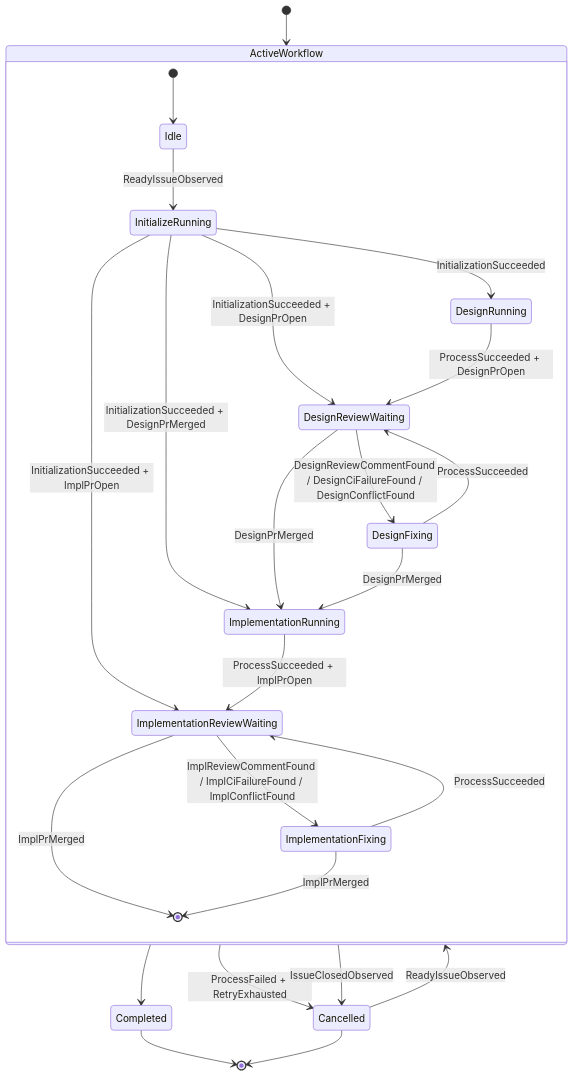
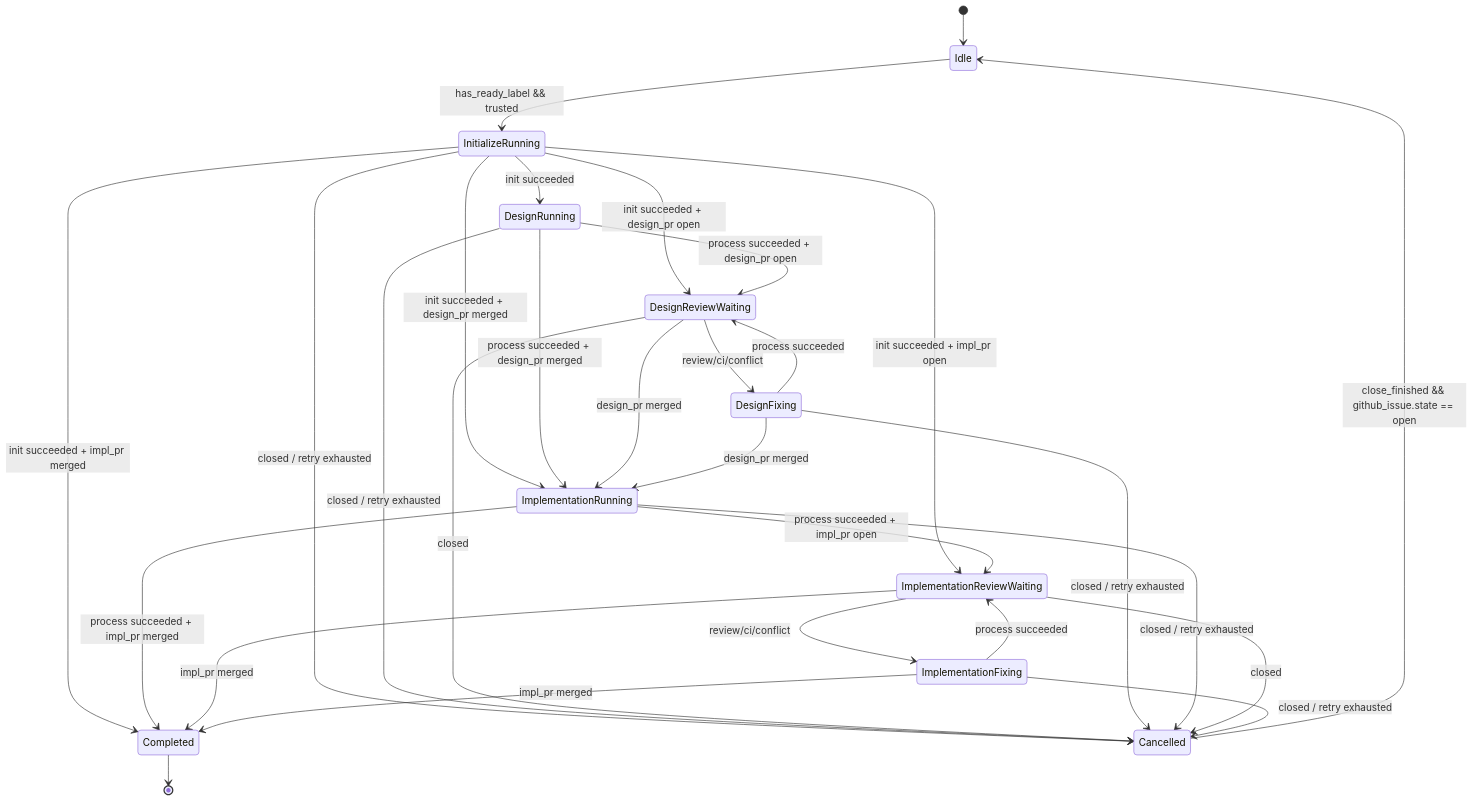
Before and after one commit to kyuki3rain/cupola: the diagram in docs/architecture/state-machine.md, drawn with Mermaid. The commit also changed other lines of this file and 26 other files, not shown here.

First line of the commit message:
docs: architecture ドキュメント全面改訂

````diff
--- a/docs/architecture/state-machine.md
+++ b/docs/architecture/state-machine.md
@@ -5,34 +7,37 @@
 ```mermaid
 stateDiagram-v2
-    [*] --> ActiveWorkflow
+    [*] --> Idle
+    Idle --> InitializeRunning: has_ready_label && trusted
 
-    state "ActiveWorkflow" as ActiveWorkflow {
-        [*] --> Idle
-        Idle --> InitializeRunning: ReadyIssueObserved
+    InitializeRunning --> DesignRunning: init succeeded
+    InitializeRunning --> DesignReviewWaiting: init succeeded + design_pr open
+    InitializeRunning --> ImplementationRunning: init succeeded + design_pr merged
+    InitializeRunning --> ImplementationReviewWaiting: init succeeded + impl_pr open
+    InitializeRunning --> Completed: init succeeded + impl_pr merged
 
-        InitializeRunning --> DesignRunning: InitializationSucceeded
-        InitializeRunning --> DesignReviewWaiting: InitializationSucceeded + DesignPrOpen
-        InitializeRunning --> ImplementationRunning: InitializationSucceeded + DesignPrMerged
-        InitializeRunning --> ImplementationReviewWaiting: InitializationSucceeded + ImplPrOpen
+    DesignRunning --> DesignReviewWaiting: process succeeded + design_pr open
+    DesignRunning --> ImplementationRunning: process succeeded + design_pr merged
+    DesignReviewWaiting --> DesignFixing: review/ci/conflict
+    DesignReviewWaiting --> ImplementationRunning: design_pr merged
+    DesignFixing --> DesignReviewWaiting: process succeeded
+    DesignFixing --> ImplementationRunning: design_pr merged
 
-        DesignRunning --> DesignReviewWaiting: ProcessSucceeded + DesignPrOpen
-        DesignReviewWaiting --> DesignFixing: DesignReviewCommentFound / DesignCiFailureFound / DesignConflictFound
-        DesignReviewWaiting --> ImplementationRunning: DesignPrMerged
-        DesignFixing --> DesignReviewWaiting: ProcessSucceeded
-        DesignFixing --> ImplementationRunning: DesignPrMerged
-
-        ImplementationRunning --> ImplementationReviewWaiting: ProcessSucceeded + ImplPrOpen
-        ImplementationReviewWaiting --> ImplementationFixing: ImplReviewCommentFound / ImplCiFailureFound / ImplConflictFound
-        ImplementationReviewWaiting --> [*]: ImplPrMerged
-        ImplementationFixing --> ImplementationReviewWaiting: ProcessSucceeded
-        ImplementationFixing --> [*]: ImplPrMerged
-    }
-
-    ActiveWorkflow --> Completed
-    ActiveWorkflow --> Cancelled: ProcessFailed + RetryExhausted
-    ActiveWorkflow --> Cancelled: IssueClosedObserved
-    Cancelled --> ActiveWorkflow: ReadyIssueObserved
+    ImplementationRunning --> ImplementationReviewWaiting: process succeeded + impl_pr open
+    ImplementationRunning --> Completed: process succeeded + impl_pr merged
+    ImplementationReviewWaiting --> ImplementationFixing: review/ci/conflict
+    ImplementationReviewWaiting --> Completed: impl_pr merged
+    ImplementationFixing --> ImplementationReviewWaiting: process succeeded
+    ImplementationFixing --> Completed: impl_pr merged
 
     Completed --> [*]
-    Cancelled --> [*]
+
+    InitializeRunning --> Cancelled: closed / retry exhausted
+    DesignRunning --> Cancelled: closed / retry exhausted
+    DesignReviewWaiting --> Cancelled: closed
+    DesignFixing --> Cancelled: closed / retry exhausted
+    ImplementationRunning --> Cancelled: closed / retry exhausted
+    ImplementationReviewWaiting --> Cancelled: closed
+    ImplementationFixing --> Cancelled: closed / retry exhausted
+
+    Cancelled --> Idle: close_finished && github_issue.state == open
 ```
````
